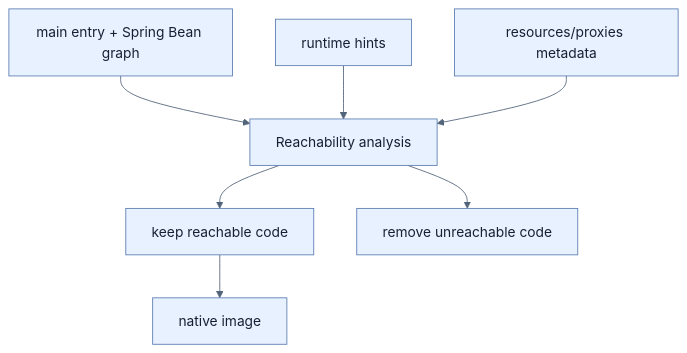
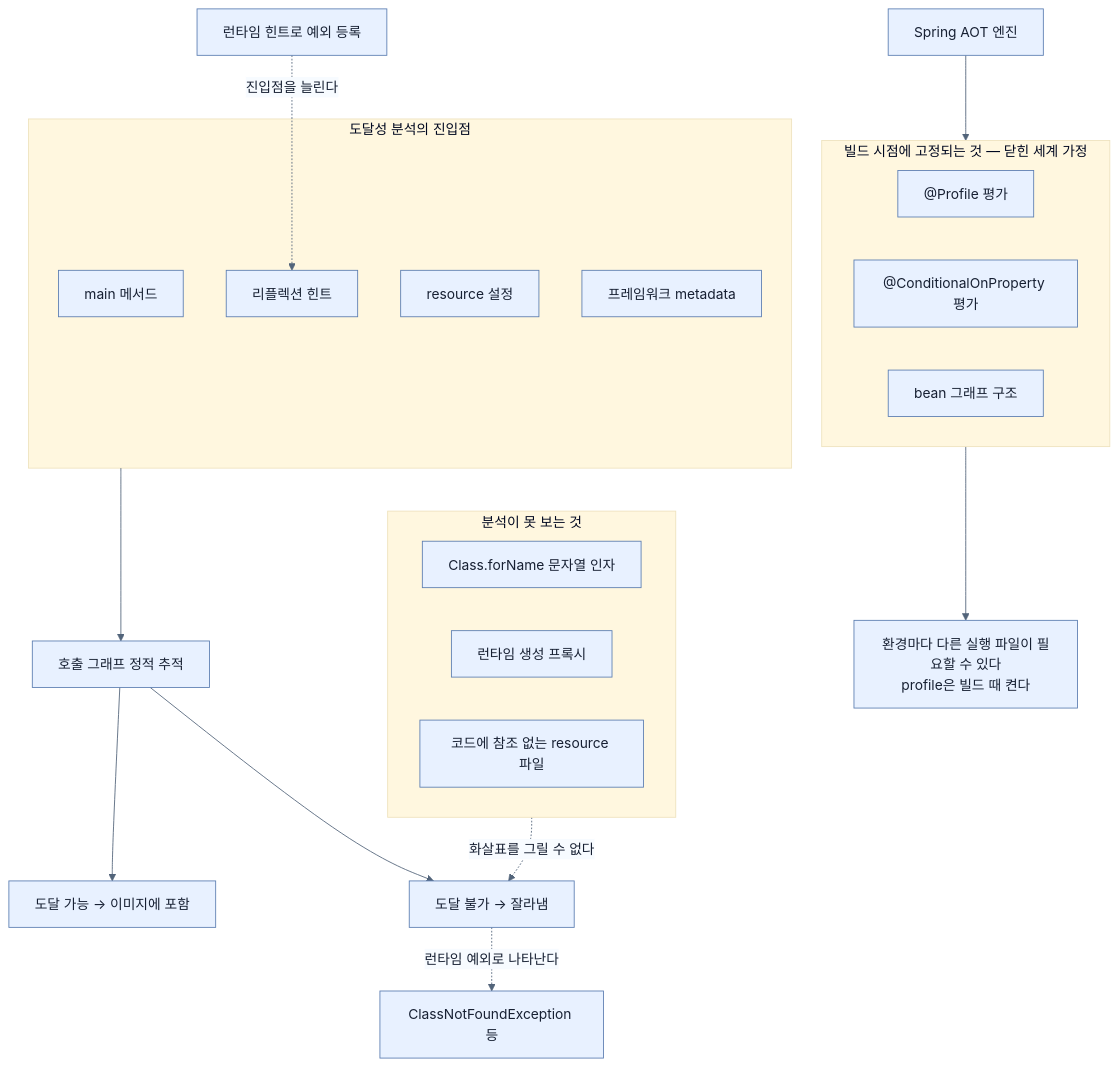
Before and after one commit to sing-u8/Learning_Spring_Boot_4: the diagram in spring-boot-4-pdf-notes/part-3-releasing-an-application-with-spring-boot/chapter-8-going-native-with-spring-boot/02-adapting-an-application-for-native-image.md, drawn with Mermaid. The commit also changed other lines of this file and 253 other files, not shown here.

````diff
--- a/spring-boot-4-pdf-notes/part-3-releasing-an-application-with-spring-boot/chapter-8-going-native-with-spring-boot/02-adapting-an-application-for-native-image.md
+++ b/spring-boot-4-pdf-notes/part-3-releasing-an-application-with-spring-boot/chapter-8-going-native-with-spring-boot/02-adapting-an-application-for-native-image.md
@@ -28,10 +146,35 @@
 ```mermaid
 %%{init: {'theme': 'base', 'themeVariables': {'background': '#ffffff', 'primaryColor': '#e8f1ff', 'primaryTextColor': '#172033', 'primaryBorderColor': '#5b7db1', 'lineColor': '#52647a', 'secondaryColor': '#f7fbff', 'tertiaryColor': '#fff7df'}}}%%
-flowchart TD
-    E[main entry + Spring Bean graph] --> R[Reachability analysis]
-    H[runtime hints] --> R
-    Q[resources/proxies metadata] --> R
-    R --> K[keep reachable code]
-    R --> X[remove unreachable code]
-    K --> N[native image]
+flowchart TB
+    subgraph ENTRY["도달성 분석의 진입점"]
+        E1["main 메서드"]
+        E2["리플렉션 힌트"]
+        E3["resource 설정"]
+        E4["프레임워크 metadata"]
+    end
+
+    ENTRY --> TRACE["호출 그래프 정적 추적"]
+
+    TRACE --> KEEP["도달 가능 → 이미지에 포함"]
+    TRACE --> CUT["도달 불가 → 잘라냄"]
+
+    subgraph INVISIBLE["분석이 못 보는 것"]
+        I1["Class.forName 문자열 인자"]
+        I2["런타임 생성 프록시"]
+        I3["코드에 참조 없는 resource 파일"]
+    end
+
+    INVISIBLE -.->|"화살표를 그릴 수 없다"| CUT
+    CUT -.->|"런타임 예외로 나타난다"| BOOM["ClassNotFoundException 등"]
+
+    subgraph FIXED["빌드 시점에 고정되는 것 — 닫힌 세계 가정"]
+        F1["@Profile 평가"]
+        F2["@ConditionalOnProperty 평가"]
+        F3["bean 그래프 구조"]
+    end
+
+    AOT["Spring AOT 엔진"] --> FIXED
+    FIXED --> RULE["환경마다 다른 실행 파일이 필요할 수 있다<br/>profile은 빌드 때 켠다"]
+
+    ESC["런타임 힌트로 예외 등록"] -.->|"진입점을 늘린다"| E2
 ```
````
